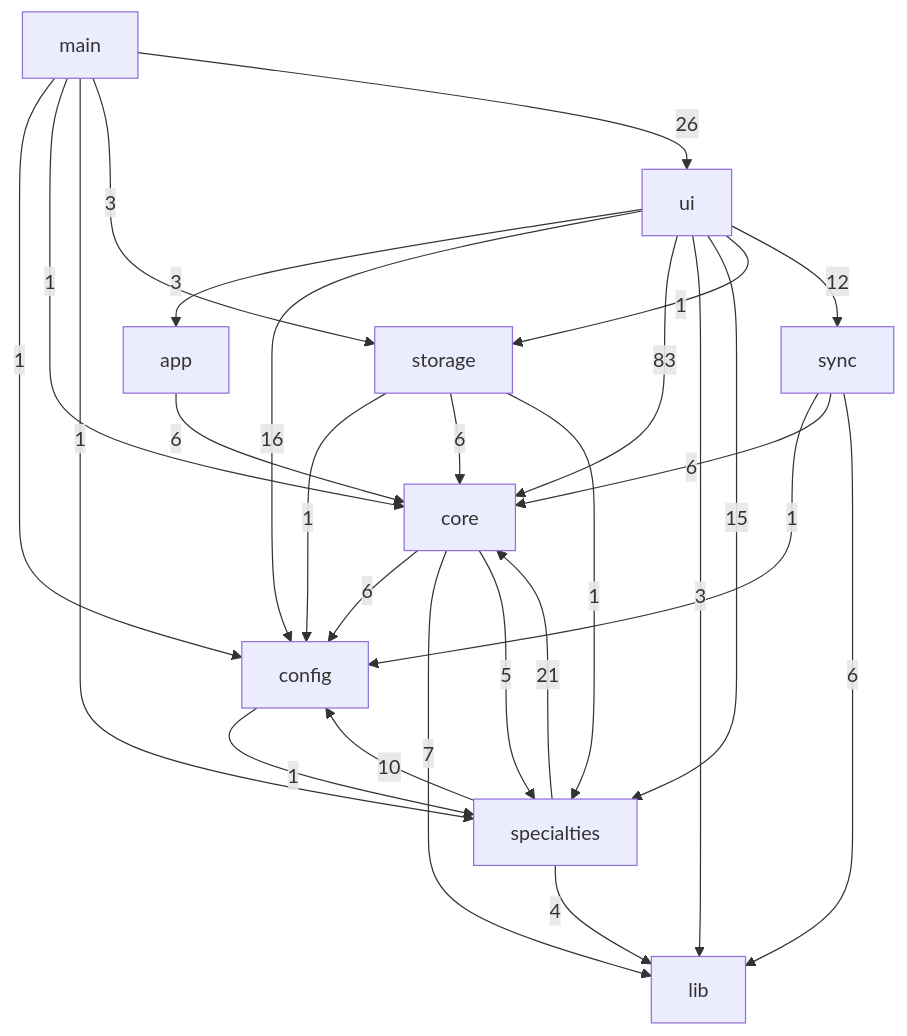
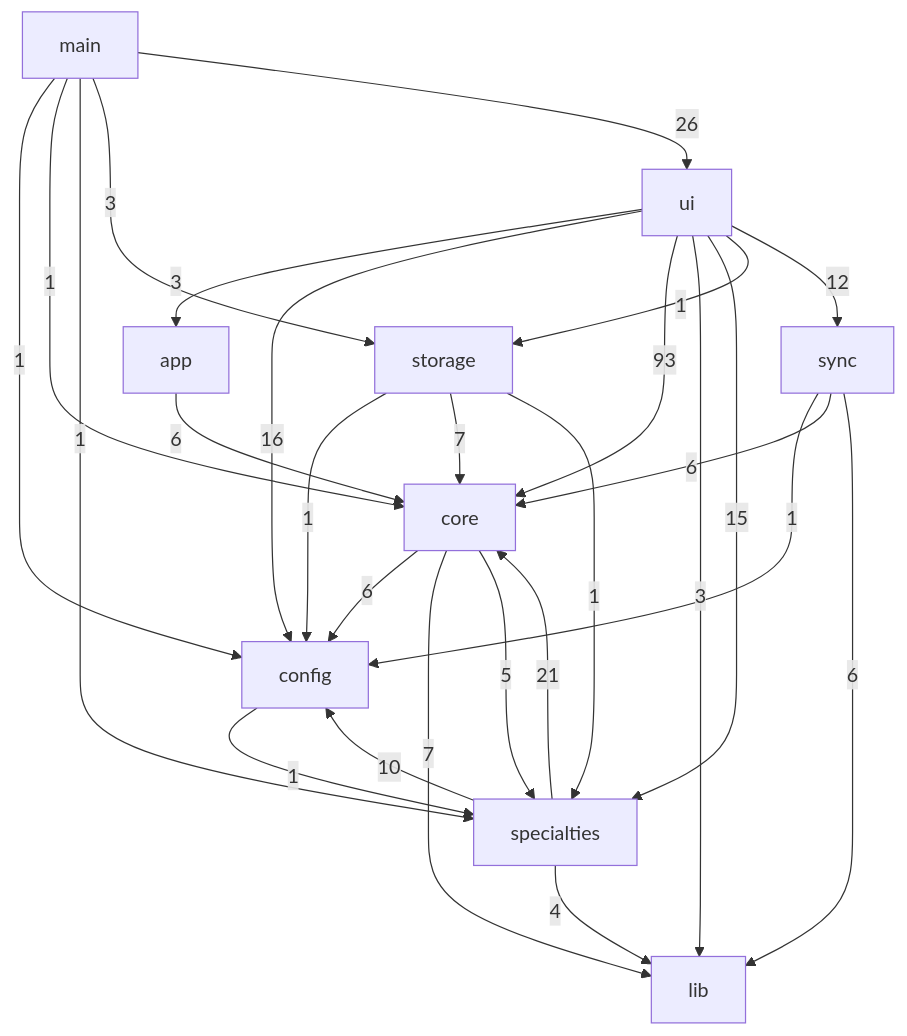
One commit to DanielOpazoD/rondahhroftalmologia changed the diagram in docs/DEPENDENCIAS.md. Above: the diagram before and after it, drawn with Mermaid. The commit also changed other lines of this file and 40 other files, not shown here.

````diff
--- a/docs/DEPENDENCIAS.md
+++ b/docs/DEPENDENCIAS.md
@@ -27,29 +27,29 @@
 ```mermaid
 flowchart TD
   app -->|6| core
   config -->|1| specialties
   core -->|6| config
   core -->|7| lib
   core -->|5| specialties
   main -->|1| config
   main -->|1| core
   main -->|1| specialties
   main -->|3| storage
   main -->|26| ui
   specialties -->|10| config
   specialties -->|21| core
   specialties -->|4| lib
   storage -->|1| config
-  storage -->|6| core
+  storage -->|7| core
   storage -->|1| specialties
   sync -->|1| config
   sync -->|6| core
   sync -->|6| lib
   ui -->|3| app
   ui -->|16| config
-  ui -->|83| core
+  ui -->|93| core
   ui -->|3| lib
   ui -->|15| specialties
   ui -->|1| storage
   ui -->|12| sync
 ```
````
